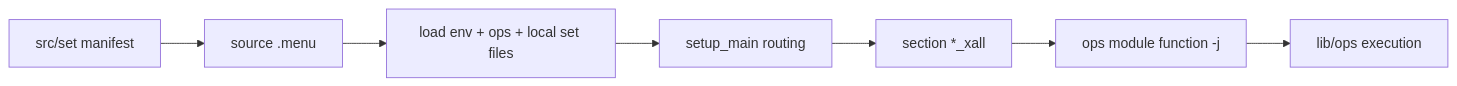
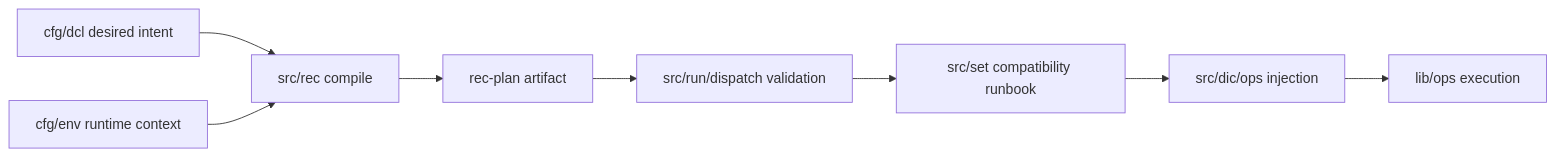
Before and after one commit to woeiru/lab: the second of 2 diagrams in doc/arc/05-deployment-and-config.md, drawn with Mermaid. The commit also changed other lines of this file and 16 other files, not shown here.

Commit message:
docs: align declarative rec/run architecture narrative

````diff
--- a/doc/arc/05-deployment-and-config.md
+++ b/doc/arc/05-deployment-and-config.md
@@ -60,9 +69,10 @@
 ```mermaid
 flowchart LR
-    A[src/set manifest] --> B[source .menu]
-    B --> C[load env + ops + local set files]
-    C --> D[setup_main routing]
-    D --> E[section *_xall]
-    E --> F[ops module function -j]
-    F --> G[lib/ops execution]
+    A[cfg/dcl desired intent] --> B[src/rec compile]
+    C[cfg/env runtime context] --> B
+    B --> D[rec-plan artifact]
+    D --> E[src/run/dispatch validation]
+    E --> F[src/set compatibility runbook]
+    F --> G[src/dic/ops injection]
+    G --> H[lib/ops execution]
 ```
````
